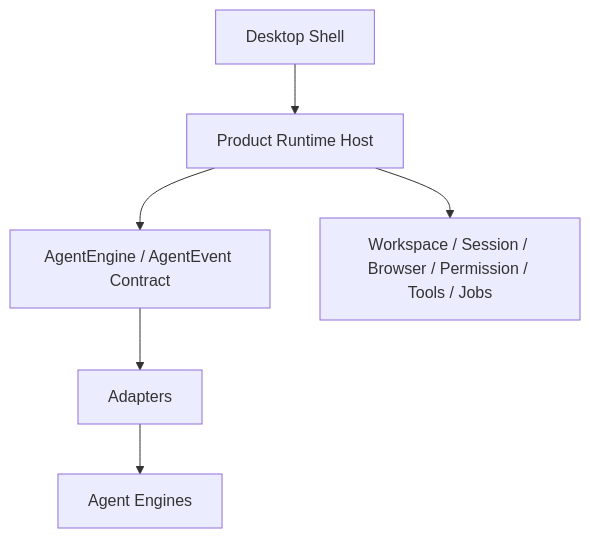
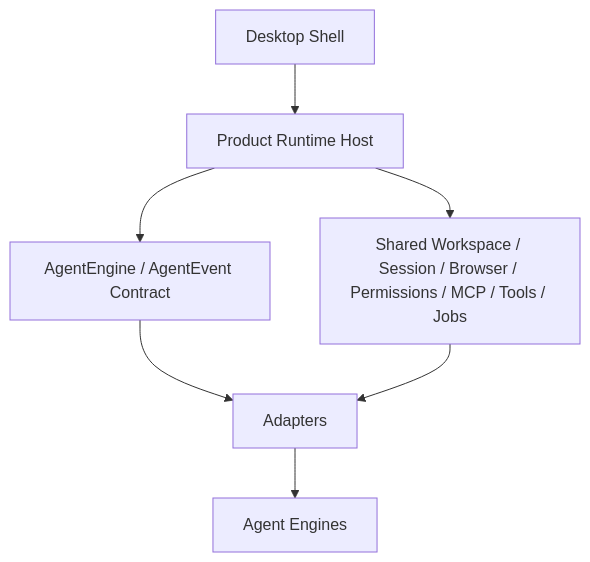
The diagram in VISION.md (MC0571/AnyAgent), drawn with Mermaid before and after one commit. The commit also changed other lines of this file and 1 other file, not shown here.

````diff
--- a/VISION.md
+++ b/VISION.md
@@ -48,8 +48,9 @@
 ```mermaid
 flowchart TD
     Shell[Desktop Shell] --> Runtime[Product Runtime Host]
     Runtime --> Contract[AgentEngine / AgentEvent Contract]
     Contract --> Adapter[Adapters]
     Adapter --> Engine[Agent Engines]
-    Runtime --> Shared[Workspace / Session / Browser / Permission / Tools / Jobs]
+    Runtime --> Shared[Shared Workspace / Session / Browser / Permissions / MCP / Tools / Jobs]
+    Shared --> Adapter
 ```
````
